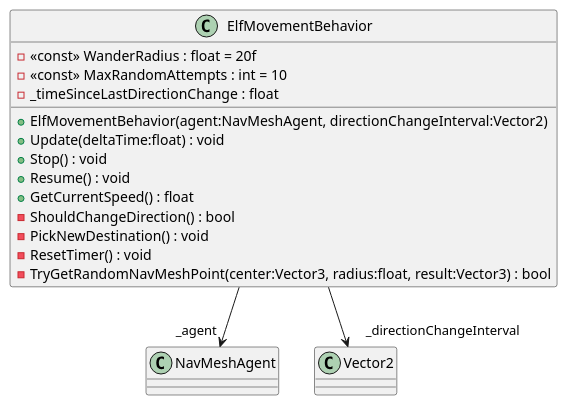
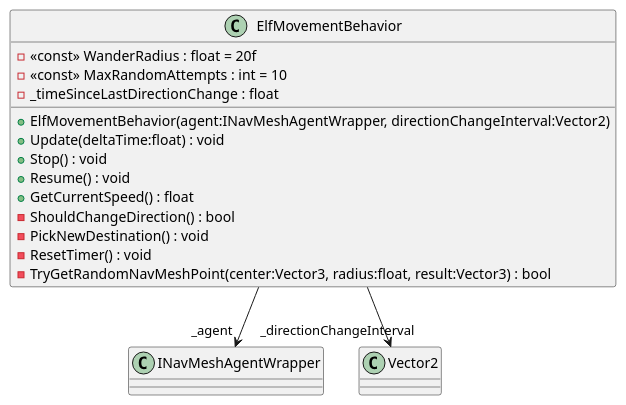
The diagram in puml/Assets/ExplodingElves/Scripts/Core/Characters/ElfMovementBehavior.puml (felipemmax/ExplodingElves), drawn with PlantUML before and after one commit. The commit also changed 21 other files, not shown here.

Commit message:
Adding the UML Diagram;

```diff
--- a/puml/Assets/ExplodingElves/Scripts/Core/Characters/ElfMovementBehavior.puml
+++ b/puml/Assets/ExplodingElves/Scripts/Core/Characters/ElfMovementBehavior.puml
@@ -1,18 +1,18 @@
 @startuml
 class ElfMovementBehavior {
     - <<const>> WanderRadius : float = 20f
     - <<const>> MaxRandomAttempts : int = 10
     - _timeSinceLastDirectionChange : float
-    + ElfMovementBehavior(agent:NavMeshAgent, directionChangeInterval:Vector2)
+    + ElfMovementBehavior(agent:INavMeshAgentWrapper, directionChangeInterval:Vector2)
     + Update(deltaTime:float) : void
     + Stop() : void
     + Resume() : void
     + GetCurrentSpeed() : float
     - ShouldChangeDirection() : bool
     - PickNewDestination() : void
     - ResetTimer() : void
     - TryGetRandomNavMeshPoint(center:Vector3, radius:float, result:Vector3) : bool
 }
-ElfMovementBehavior --> "_agent" NavMeshAgent
+ElfMovementBehavior --> "_agent" INavMeshAgentWrapper
 ElfMovementBehavior --> "_directionChangeInterval" Vector2
 @enduml
```
